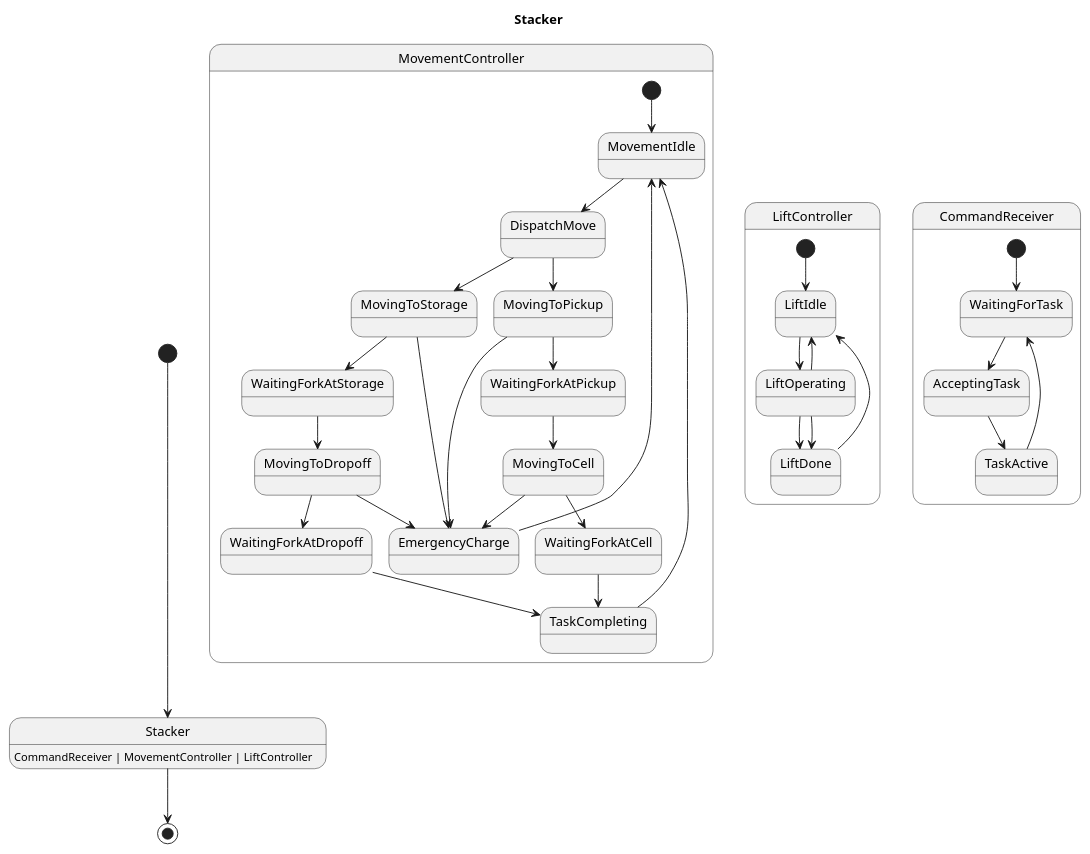
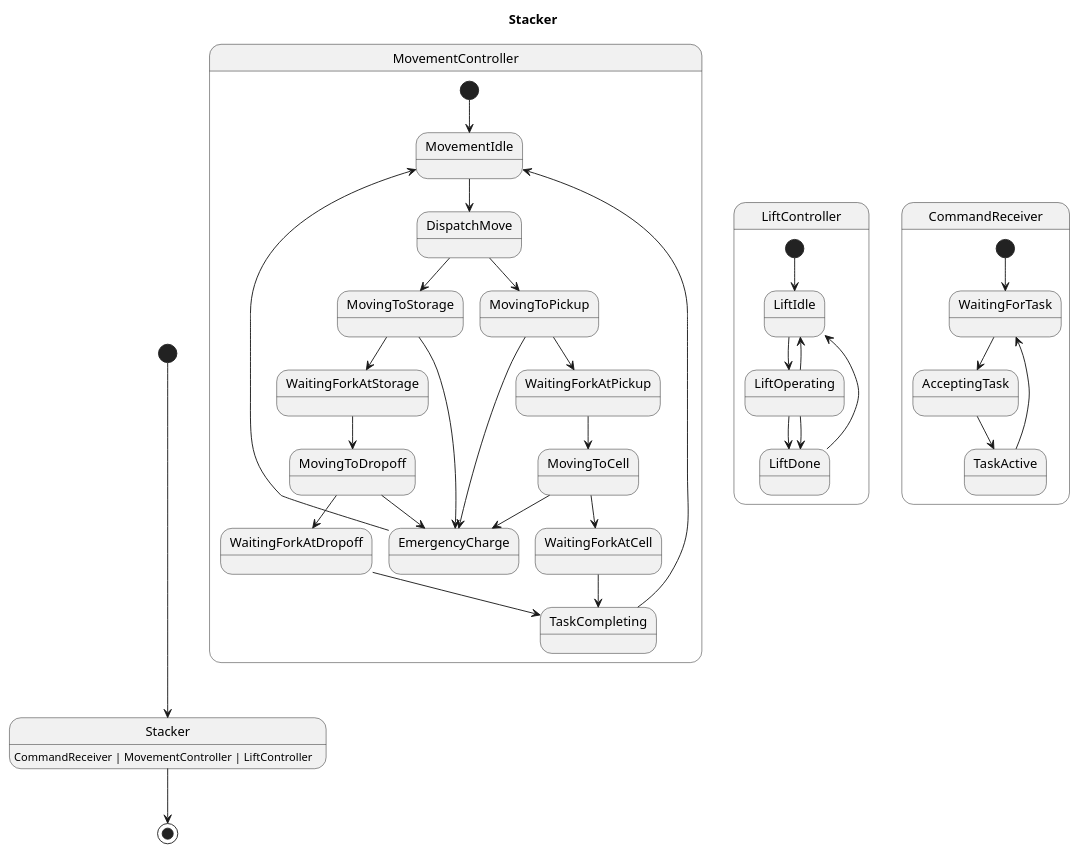
Before and after one commit to Pastor/Takt: the diagram in examples/generated/plantuml/stacker.puml, drawn with PlantUML. The commit also changed other lines of this file and 13 other files, not shown here.

```diff
--- a/examples/generated/plantuml/stacker.puml
+++ b/examples/generated/plantuml/stacker.puml
@@ -1,45 +1,45 @@
 @startuml
 title Stacker
 
 [*] --> Stacker
 Stacker : CommandReceiver | MovementController | LiftController
 Stacker --> [*]
 
 state MovementController {
     [*] --> MovementIdle
-    MovementIdle --> DispatchMove
+    MovingToDropoff --> WaitingForkAtDropoff
+    MovingToDropoff --> EmergencyCharge
     TaskCompleting --> MovementIdle
-    EmergencyCharge --> MovementIdle
+    WaitingForkAtStorage --> MovingToDropoff
+    WaitingForkAtCell --> TaskCompleting
     MovingToPickup --> WaitingForkAtPickup
     MovingToPickup --> EmergencyCharge
-    WaitingForkAtStorage --> MovingToDropoff
+    DispatchMove --> MovingToPickup
+    DispatchMove --> MovingToStorage
+    MovingToCell --> WaitingForkAtCell
+    MovingToCell --> EmergencyCharge
     MovingToStorage --> WaitingForkAtStorage
     MovingToStorage --> EmergencyCharge
-    MovingToDropoff --> WaitingForkAtDropoff
-    MovingToDropoff --> EmergencyCharge
-    DispatchMove --> MovingToPickup
-    DispatchMove --> MovingToStorage
+    WaitingForkAtDropoff --> TaskCompleting
     WaitingForkAtPickup --> MovingToCell
-    WaitingForkAtDropoff --> TaskCompleting
-    MovingToCell --> WaitingForkAtCell
-    MovingToCell --> EmergencyCharge
-    WaitingForkAtCell --> TaskCompleting
+    MovementIdle --> DispatchMove
+    EmergencyCharge --> MovementIdle
 }
 
 state LiftController {
     [*] --> LiftIdle
-    LiftIdle --> LiftOperating
-    LiftDone --> LiftIdle
     LiftOperating --> LiftDone
     LiftOperating --> LiftDone
     LiftOperating --> LiftIdle
+    LiftIdle --> LiftOperating
+    LiftDone --> LiftIdle
 }
 
 state CommandReceiver {
     [*] --> WaitingForTask
     AcceptingTask --> TaskActive
+    TaskActive --> WaitingForTask
     WaitingForTask --> AcceptingTask
-    TaskActive --> WaitingForTask
 }
 
 @enduml
```
